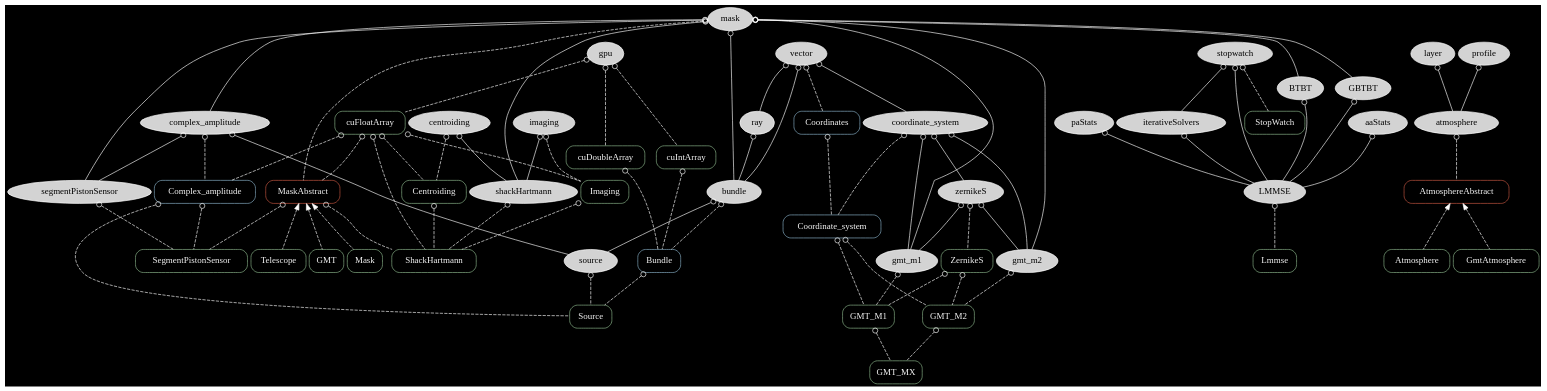
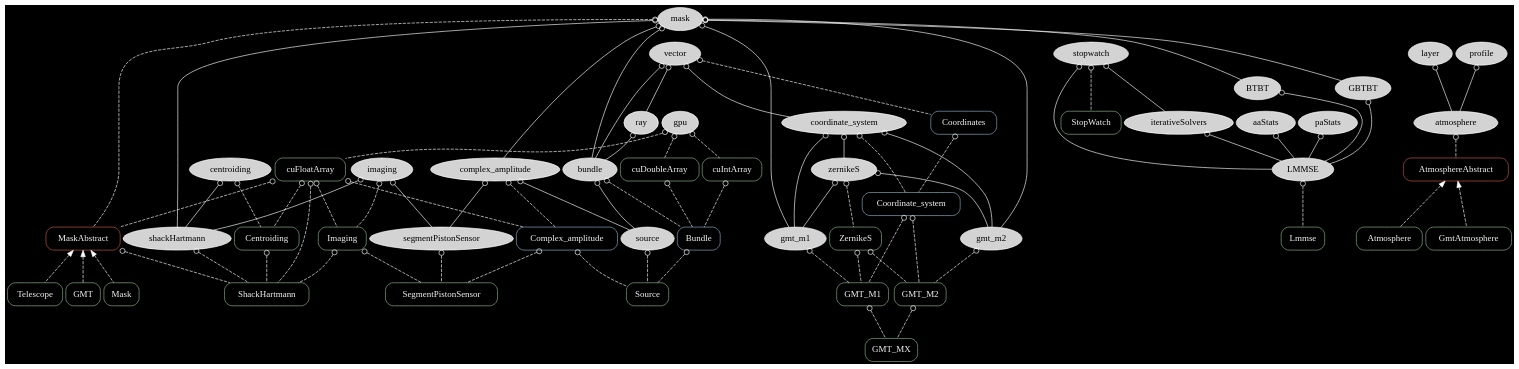
The diagram in graph/ceo.dot (rconan/CEO), drawn with Graphviz before and after one commit. The commit also changed 3 other files, not shown here.

```diff
--- a/graph/ceo.dot
+++ b/graph/ceo.dot
@@ -1,121 +1,121 @@
 digraph {
 overlap=false
 splines=true
 bgcolor = black
 node[style=filled,fillcolor=lightgray,color=white];
 edge[arrowtail=odot,dir=back,color=white];
 
 mask -> shackHartmann;
 imaging -> shackHartmann;
 centroiding -> shackHartmann;
 bundle -> source;
 
 coordinate_system -> zernikeS;
 coordinate_system -> gmt_m1;
 coordinate_system -> gmt_m2
 
 mask -> gmt_m1;
 mask -> gmt_m2;
 mask -> complex_amplitude;
 
 zernikeS -> gmt_m1;
 zernikeS -> gmt_m2;
 
 vector -> coordinate_system;
 vector -> bundle;
 
 mask -> bundle;
 ray -> bundle;
 vector -> ray;
 complex_amplitude -> source;
 
 layer -> atmosphere;
 profile -> atmosphere;
 
 mask -> BTBT;
 mask -> GBTBT;
 aaStats -> LMMSE;
 paStats -> LMMSE;
 BTBT -> LMMSE;
 GBTBT -> LMMSE;
 iterativeSolvers -> LMMSE;
 stopwatch -> LMMSE;
 stopwatch -> iterativeSolvers;
 
 gpu;
 
-mask -> segmentPistonSensor;
 complex_amplitude -> segmentPistonSensor;
+imaging -> segmentPistonSensor;
 node[color=darkseagreen,style=rounded,shape=box,fontcolor=whitesmoke];
 edge[style=dashed,color=white]
 
 centroiding -> Centroiding;
 imaging -> Imaging;
 cuFloatArray -> Imaging;
 cuFloatArray -> Centroiding;
 
 source -> Source;
 Complex_amplitude[color=lightskyblue3];
 complex_amplitude -> Complex_amplitude;
 cuFloatArray -> Complex_amplitude;
 Bundle[color=lightskyblue3];
 bundle -> Bundle;
 cuDoubleArray -> Bundle;
 cuIntArray -> Bundle;
 Complex_amplitude -> Source[label="wavefront"];
 Bundle -> Source[label="rays"];
 
 shackHartmann -> ShackHartmann;
 MaskAbstract -> ShackHartmann;
 cuFloatArray -> ShackHartmann
 Imaging -> ShackHartmann;
 Centroiding -> ShackHartmann;
 
 segmentPistonSensor -> SegmentPistonSensor;
 
 gmt_m1 -> GMT_M1;
 gmt_m2 -> GMT_M2;
 ZernikeS;
 zernikeS -> ZernikeS;
 ZernikeS -> GMT_M1;
 ZernikeS -> GMT_M2;
 GMT_M1 -> GMT_MX[label="M1"];
 GMT_M2 -> GMT_MX[label="M2"];
 Coordinate_system[color=lightskyblue3];
 coordinate_system -> Coordinate_system;
 Coordinate_system -> GMT_M1;
 Coordinate_system -> GMT_M2;
 Coordinates[color=lightskyblue3];
 Coordinates -> Coordinate_system;
 vector -> Coordinates;
 
 AtmosphereAbstract[color=coral3];
 atmosphere -> AtmosphereAbstract;
 
 MaskAbstract[color=coral3]
 mask -> MaskAbstract;
 cuFloatArray -> MaskAbstract;
-MaskAbstract -> SegmentPistonSensor;
 Complex_amplitude -> SegmentPistonSensor;
+Imaging -> SegmentPistonSensor;
 
 stopwatch -> StopWatch;
 
 gpu -> cuFloatArray;
 gpu -> cuIntArray;
 gpu -> cuDoubleArray;
 LMMSE -> Lmmse;
 
 edge[dir=back,arrowtail=normal];
 
 AtmosphereAbstract -> Atmosphere;
 AtmosphereAbstract -> GmtAtmosphere;
 
 MaskAbstract -> Mask;
 MaskAbstract -> Telescope;
 MaskAbstract -> GMT;
 
 {rank = source; mask;}
 #{rank = same; gpu; vector; MaskAbstract; complex_amplitude}
 #{rank = same; Source; ShackHartmann}
 #{rank=same; stopwatch; LMMSE;}
 }
```
